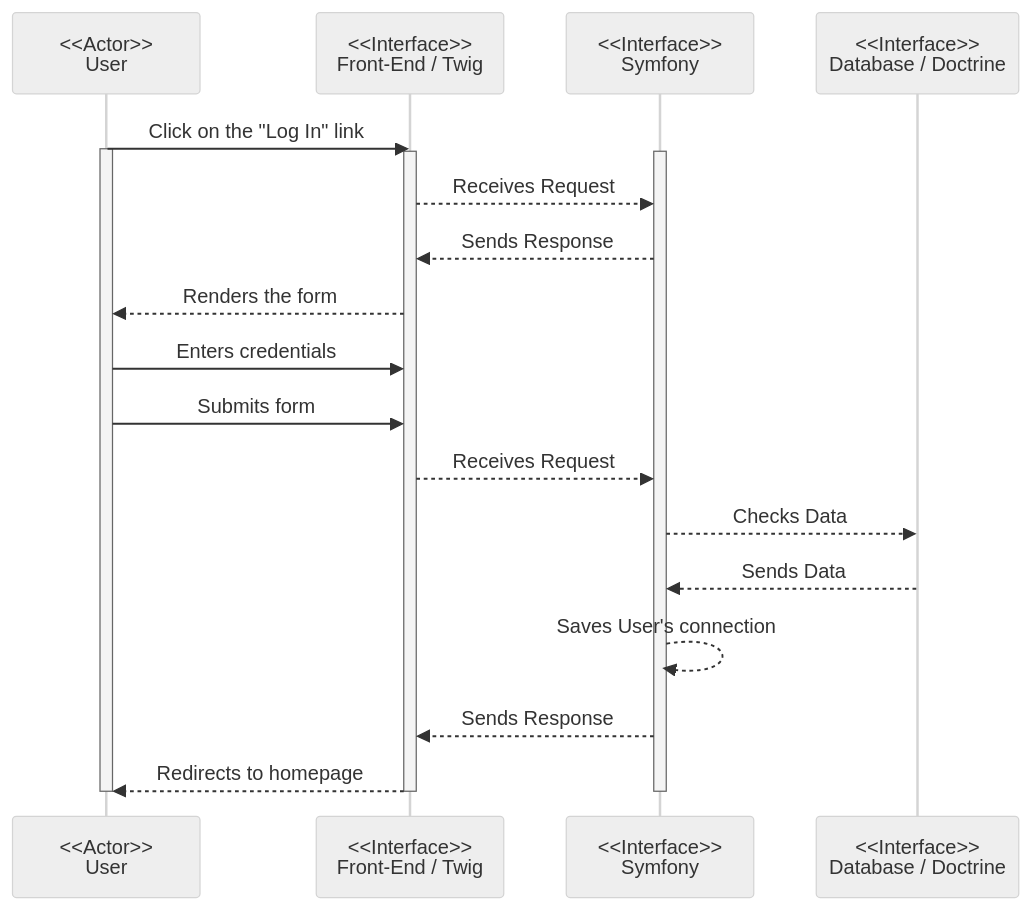
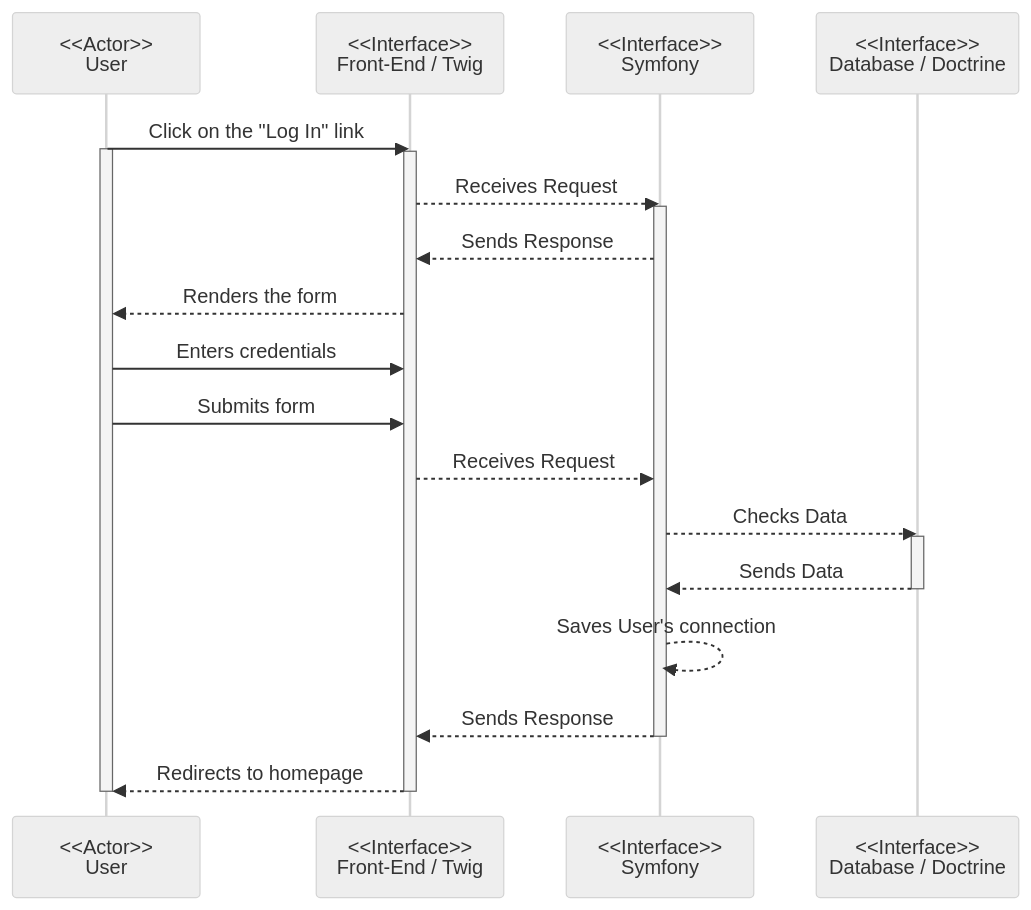
Before and after one commit to Palingenae/OC-P6-SnowTricks: the diagram in doc/diagrams/Sequence_LogIn.md, drawn with Mermaid (neutral theme).

Commit message:
update: activations

````diff
--- a/doc/diagrams/Sequence_LogIn.md
+++ b/doc/diagrams/Sequence_LogIn.md
@@ -1,25 +1,27 @@
 ```mermaid
     sequenceDiagram
         participant U as <<Actor>><br/>User
         participant T as <<Interface>><br/>Front-End / Twig
         participant S as <<Interface>><br/>Symfony
         participant D as <<Interface>><br/>Database / Doctrine
         U ->> T: Click on the "Log In" link
         activate U
         activate T
+        T -->> S: Receives Request
         activate S
-        T -->> S: Receives Request
         S -->> T: Sends Response
         T -->> U: Renders the form
         U ->> T: Enters credentials
         U ->> T: Submits form
         T -->> S: Receives Request
         S -->> D: Checks Data
+        activate D
         D -->> S: Sends Data
+        deactivate D
         S -->> S: Saves User's connection
         S -->> T: Sends Response
+        deactivate S
         T -->> U: Redirects to homepage
-        deactivate S
         deactivate T
         deactivate U
 ```
````
